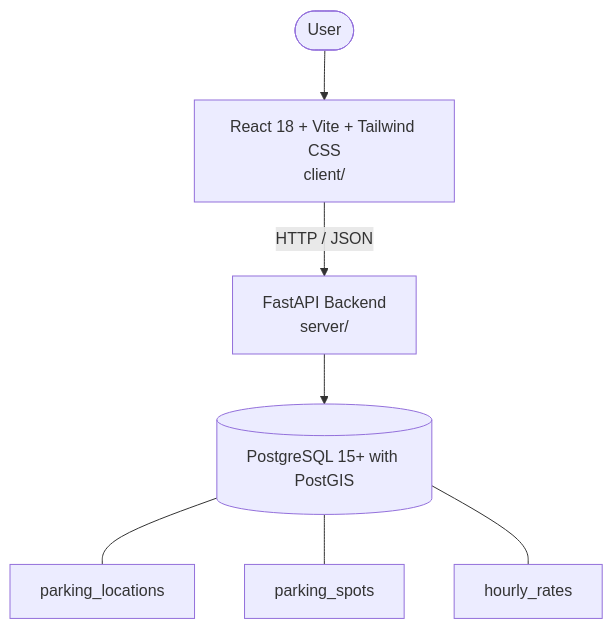
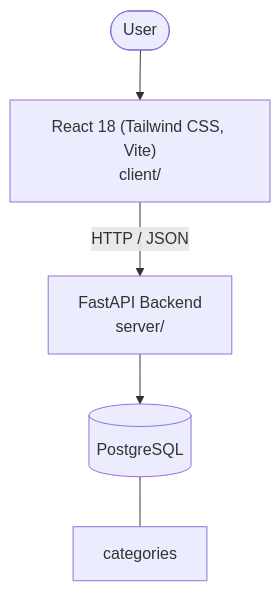
One commit to p67428378-afk/test2 changed the diagram in architecture.md. Above: the diagram before and after it, drawn with Mermaid. The commit also changed other lines of this file and 35 other files, not shown here.

````diff
--- a/architecture.md
+++ b/architecture.md
@@ -6,13 +6,11 @@
 ```mermaid
 graph TD
   User([User])
-  UI["React 18 + Vite + Tailwind CSS<br/>client/"]
+  UI["React 18 (Tailwind CSS, Vite)<br/>client/"]
   API["FastAPI Backend<br/>server/"]
-  DB[("PostgreSQL 15+ with PostGIS")]
+  DB[("PostgreSQL")]
   User --> UI
   UI -->|HTTP / JSON| API
   API --> DB
-  DB --- tbl_parking_locations["parking_locations"]
-  DB --- tbl_parking_spots["parking_spots"]
-  DB --- tbl_hourly_rates["hourly_rates"]
+  DB --- tbl_categories["categories"]
 ```
````
